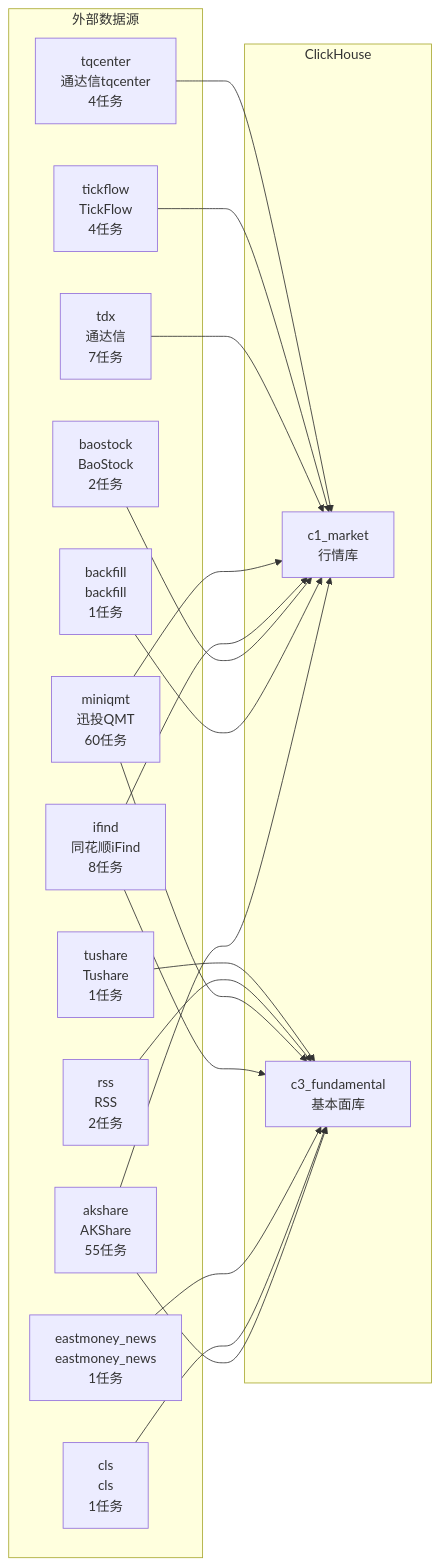
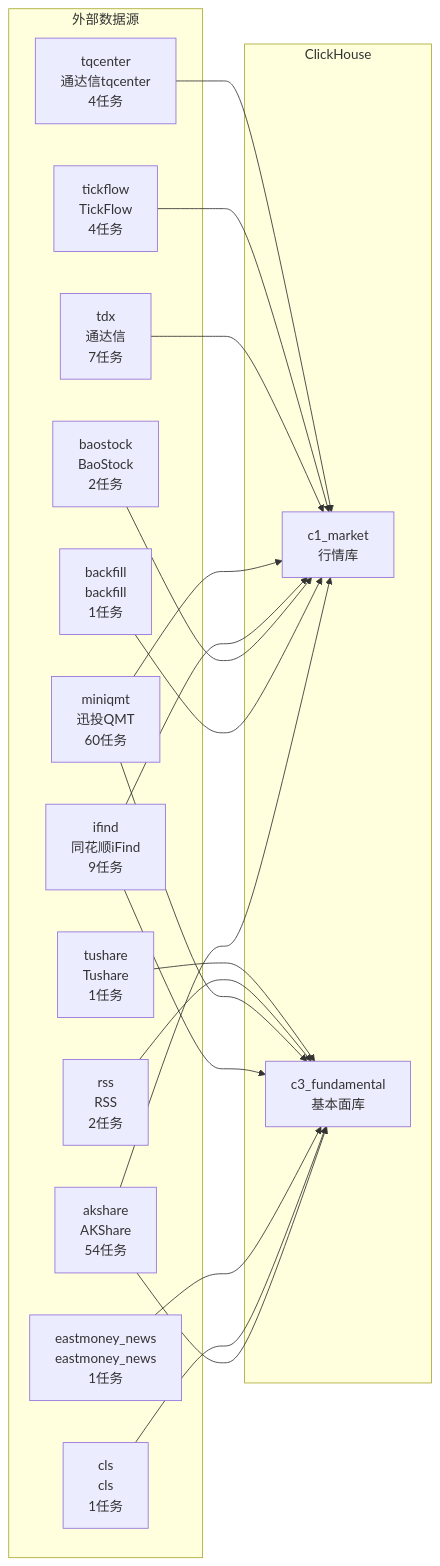
The diagram in docs/02_enterprise_architecture/05_dataflow_architecture/data_acquisition_flow.md (xuanFelixVan/ZephyrAlpha), drawn with Mermaid before and after one commit. The commit also changed other lines of this file and 71 other files, not shown here.

````diff
--- a/docs/02_enterprise_architecture/05_dataflow_architecture/data_acquisition_flow.md
+++ b/docs/02_enterprise_architecture/05_dataflow_architecture/data_acquisition_flow.md
@@ -366,38 +366,38 @@
 ```mermaid
 flowchart LR
     subgraph 外部数据源
         S6["miniqmt<br/>迅投QMT<br/>60任务"]
-        S0["akshare<br/>AKShare<br/>55任务"]
-        S5["ifind<br/>同花顺iFind<br/>8任务"]
+        S0["akshare<br/>AKShare<br/>54任务"]
+        S5["ifind<br/>同花顺iFind<br/>9任务"]
         S8["tdx<br/>通达信<br/>7任务"]
         S9["tickflow<br/>TickFlow<br/>4任务"]
         S10["tqcenter<br/>通达信tqcenter<br/>4任务"]
         S7["rss<br/>RSS<br/>2任务"]
         S2["baostock<br/>BaoStock<br/>2任务"]
         S3["cls<br/>cls<br/>1任务"]
         S4["eastmoney_news<br/>eastmoney_news<br/>1任务"]
         S11["tushare<br/>Tushare<br/>1任务"]
         S1["backfill<br/>backfill<br/>1任务"]
     end
 
     subgraph ClickHouse
         D0["c1_market<br/>行情库"]
         D1["c3_fundamental<br/>基本面库"]
     end
 
     S0 --> D0
     S0 --> D1
     S1 --> D0
     S2 --> D0
     S3 --> D1
     S4 --> D1
     S5 --> D0
     S5 --> D1
     S6 --> D0
     S6 --> D1
     S7 --> D1
     S8 --> D0
     S9 --> D0
     S10 --> D0
     S11 --> D1
 ```
````
